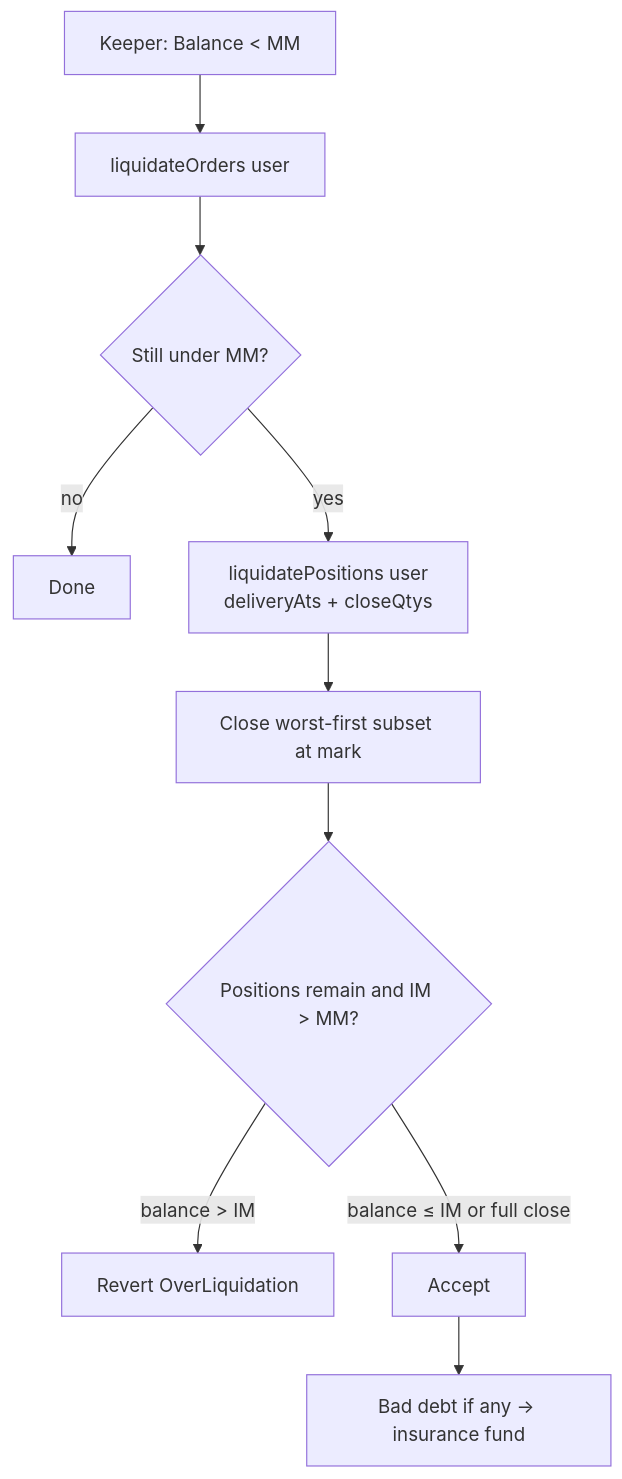
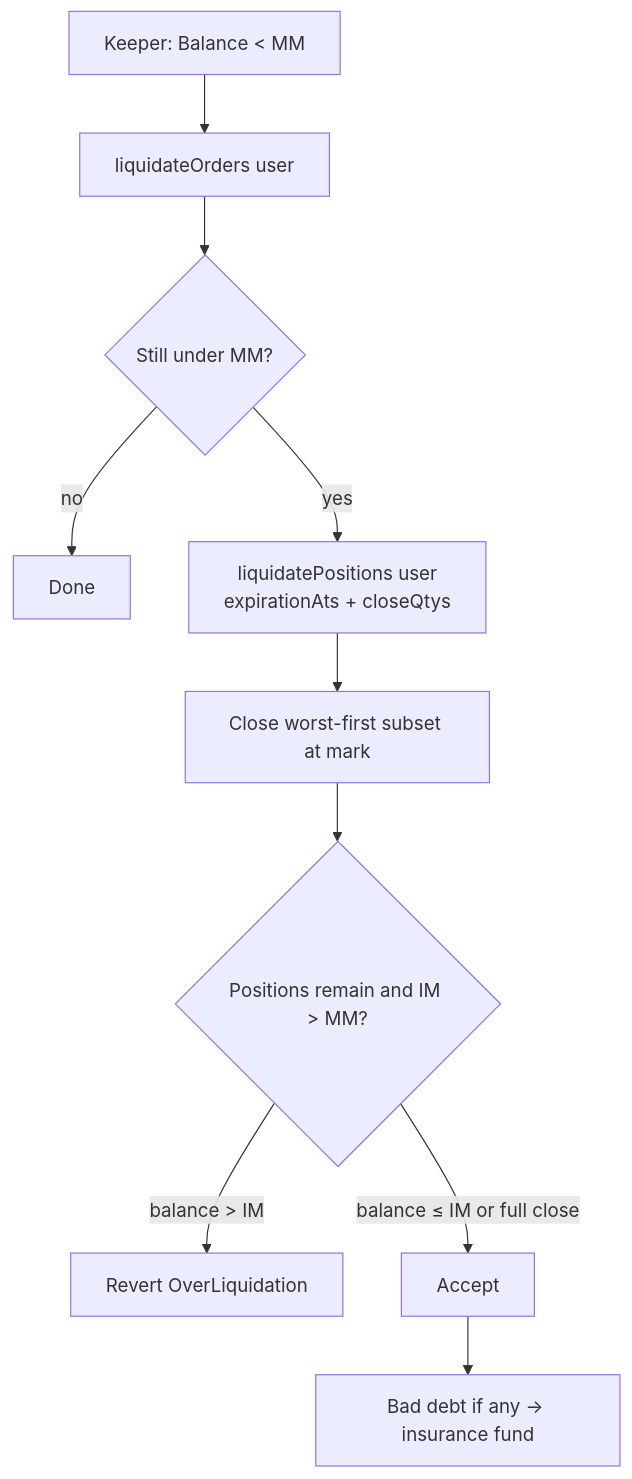
The second of 2 diagrams in docs/03.Margin-System.md (Lumerin-protocol/futures-marketplace), drawn with Mermaid before and after one commit. The commit also changed other lines of this file and 86 other files, not shown here.

First line of the commit message:
refactor(futures): rename deliveryAt to expirationAt; align margin getters

````diff
--- a/docs/03.Margin-System.md
+++ b/docs/03.Margin-System.md
@@ -117,12 +117,12 @@
 ```mermaid
 flowchart TD
   A[Keeper: Balance &lt; MM] --> B[liquidateOrders user]
   B --> C{Still under MM?}
   C -->|no| D[Done]
-  C -->|yes| E[liquidatePositions user<br/>deliveryAts + closeQtys]
+  C -->|yes| E[liquidatePositions user<br/>expirationAts + closeQtys]
   E --> F[Close worst-first subset at mark]
   F --> G{Positions remain and IM &gt; MM?}
   G -->|balance &gt; IM| H[Revert OverLiquidation]
   G -->|balance ≤ IM or full close| I[Accept]
   I --> J[Bad debt if any → insurance fund]
 ```
````
